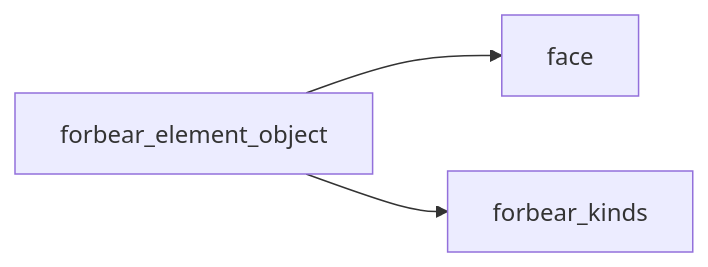
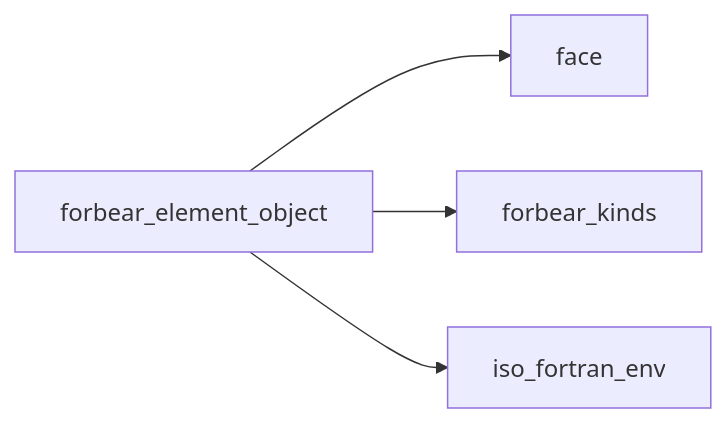
Before and after one commit to szaghi/forbear: the first of 7 diagrams in docs/api/src/lib/forbear_element_object.md, drawn with Mermaid. The commit also changed other lines of this file and 51 other files, not shown here.

````diff
--- a/docs/api/src/lib/forbear_element_object.md
+++ b/docs/api/src/lib/forbear_element_object.md
@@ -11,5 +11,6 @@
 ```mermaid
 graph LR
   forbear_element_object["forbear_element_object"] --> face["face"]
   forbear_element_object["forbear_element_object"] --> forbear_kinds["forbear_kinds"]
+  forbear_element_object["forbear_element_object"] --> iso_fortran_env["iso_fortran_env"]
 ```
````
